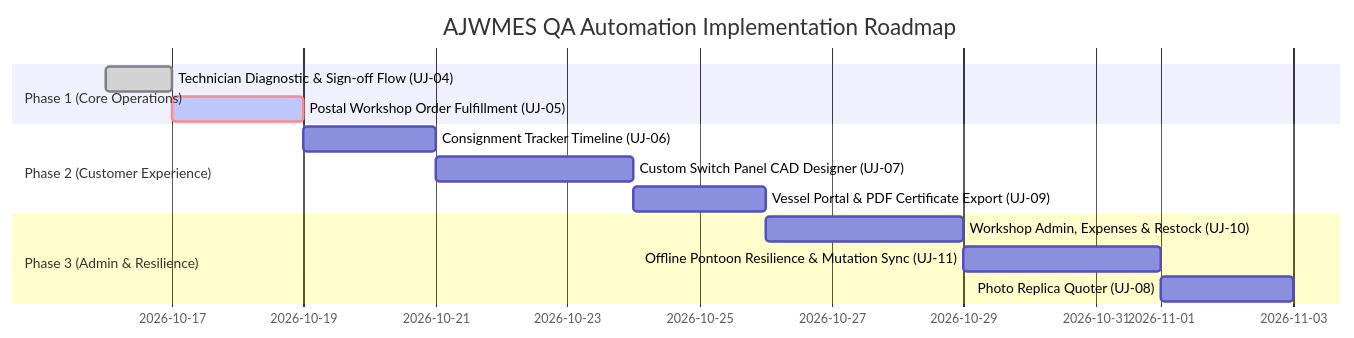
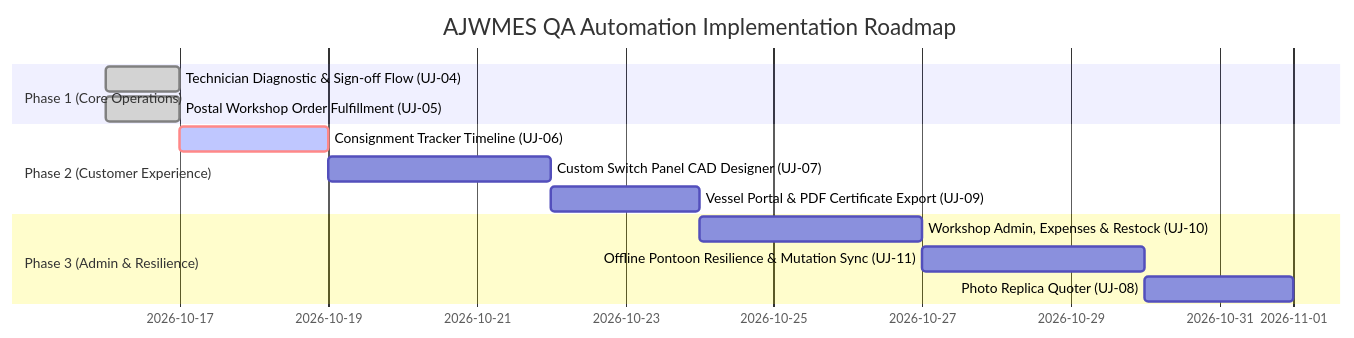
Before and after one commit to AnthonyWrather/ajwmes: the second of 2 diagrams in docs/E2E_USER_JOURNEYS.md, drawn with Mermaid. The commit also changed other lines of this file and 11 other files, not shown here.

Commit message:
feat(e2e): implement Journey 5 postal workshop fulfillment and dispatch flow

````diff
--- a/docs/E2E_USER_JOURNEYS.md
+++ b/docs/E2E_USER_JOURNEYS.md
@@ -147,16 +147,16 @@
 ```mermaid
 gantt
     title AJWMES QA Automation Implementation Roadmap
     dateFormat  YYYY-MM-DD
     section Phase 1 (Core Operations)
     Technician Diagnostic & Sign-off Flow (UJ-04) :done, 2026-10-16, 1d
-    Postal Workshop Order Fulfillment (UJ-05)       :crit, active, 2026-10-17, 2d
+    Postal Workshop Order Fulfillment (UJ-05)     :done, 2026-10-16, 1d
     section Phase 2 (Customer Experience)
-    Consignment Tracker Timeline (UJ-06)            :2026-10-19, 2d
-    Custom Switch Panel CAD Designer (UJ-07)        :2026-10-21, 3d
-    Vessel Portal & PDF Certificate Export (UJ-09)  :2026-10-24, 2d
+    Consignment Tracker Timeline (UJ-06)          :crit, active, 2026-10-17, 2d
+    Custom Switch Panel CAD Designer (UJ-07)      :2026-10-19, 3d
+    Vessel Portal & PDF Certificate Export (UJ-09):2026-10-22, 2d
     section Phase 3 (Admin & Resilience)
-    Workshop Admin, Expenses & Restock (UJ-10)      :2026-10-26, 3d
-    Offline Pontoon Resilience & Mutation Sync (UJ-11):2026-10-29, 3d
-    Photo Replica Quoter (UJ-08)                    :2026-11-01, 2d
+    Workshop Admin, Expenses & Restock (UJ-10)    :2026-10-24, 3d
+    Offline Pontoon Resilience & Mutation Sync (UJ-11):2026-10-27, 3d
+    Photo Replica Quoter (UJ-08)                  :2026-10-30, 2d
 ```
````
